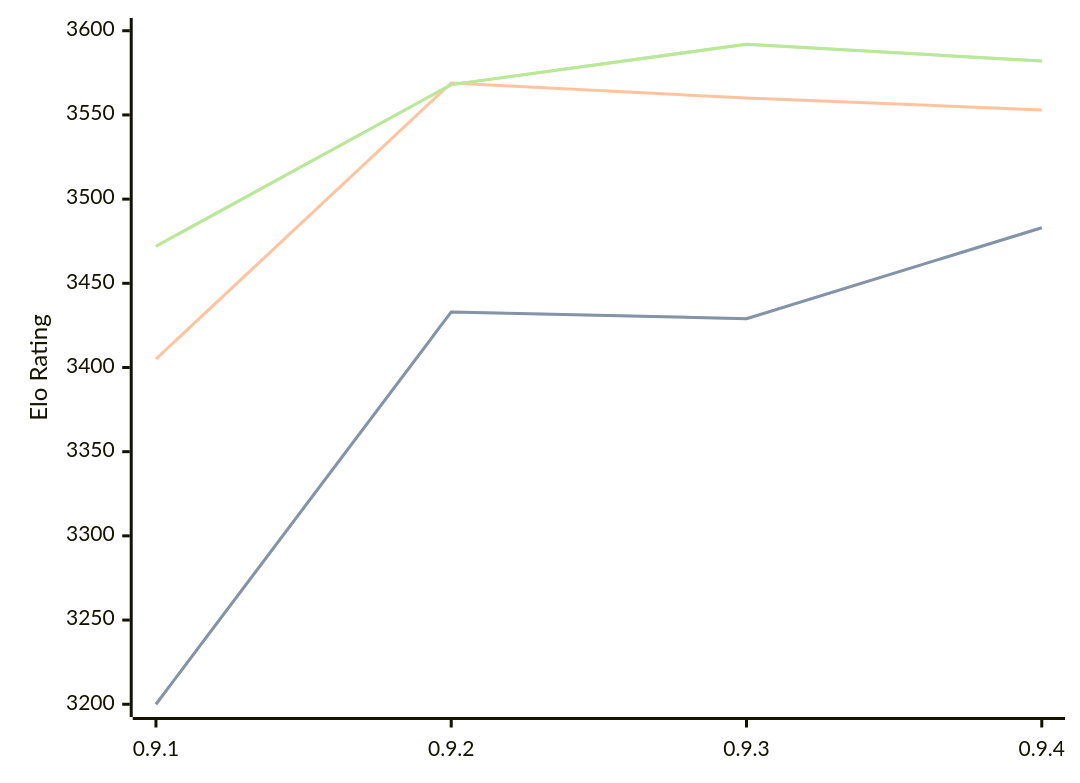
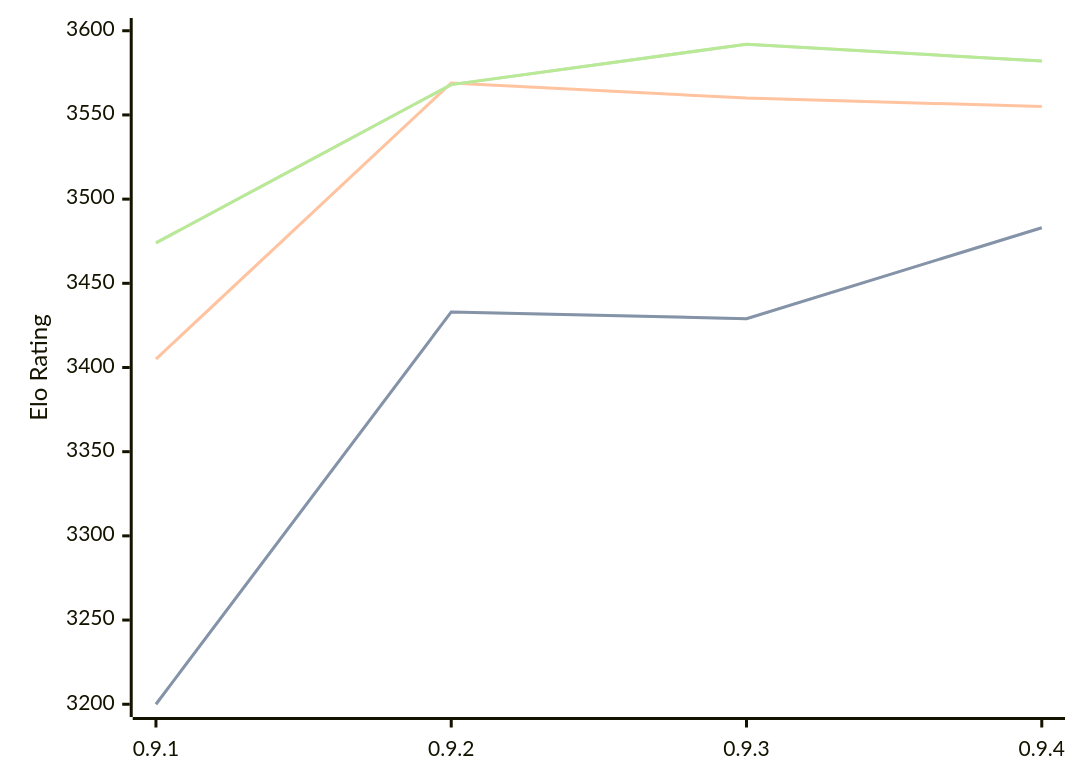
Before and after one commit to computer-chess-index/cci: the diagram in engines/Coda.md, drawn with Mermaid. The commit also changed other lines of this file, not shown here.

Commit message:
Update CCI Ratings (ELO VLTC) - 2026-08-31

````diff
--- a/engines/Coda.md
+++ b/engines/Coda.md
@@ -34,11 +34,11 @@
 ```mermaid
 %%{init: {"theme":"base","themeVariables":{"seriesColors:['#a3a3a3','#222221','#faa371']}}}%%
 xychart-beta
   x-axis ["0.9.1", "0.9.2", "0.9.3", "0.9.4"]
   y-axis "Elo Rating" 3200 --> 3600
   line "" [3200, 3433, 3429, 3483]
   line "STC (8.0+0.08s)" [3200, 3433, 3429, 3483]
-  line "LTC (60.0+0.60s)" [3405, 3569, 3560, 3553]
-  line "" [3472, 3568, 3592, 3582]
-  line "VLTC (2m24s+1.12s)" [3472, 3568, 3592, 3582]
+  line "LTC (60.0+0.60s)" [3405, 3569, 3560, 3555]
+  line "" [3474, 3568, 3592, 3582]
+  line "VLTC (2m24s+1.12s)" [3474, 3568, 3592, 3582]
 ```
````
